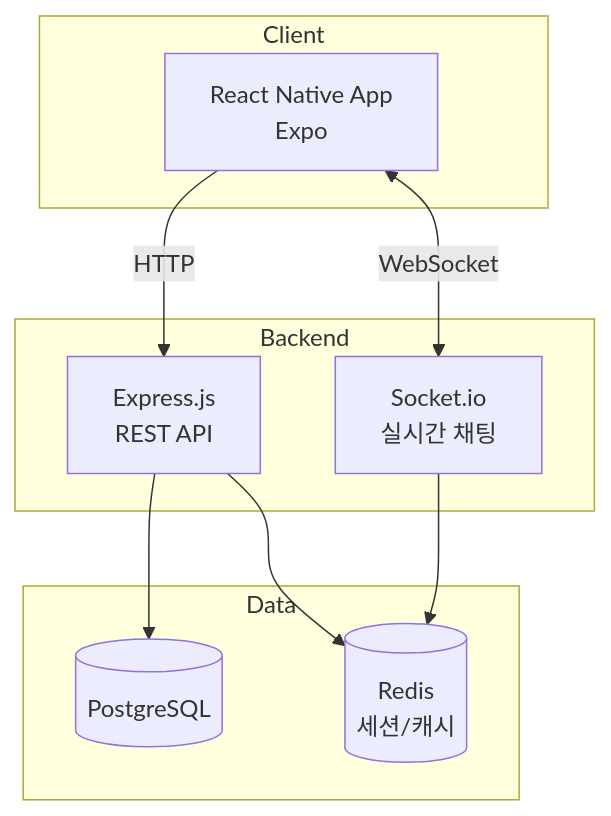
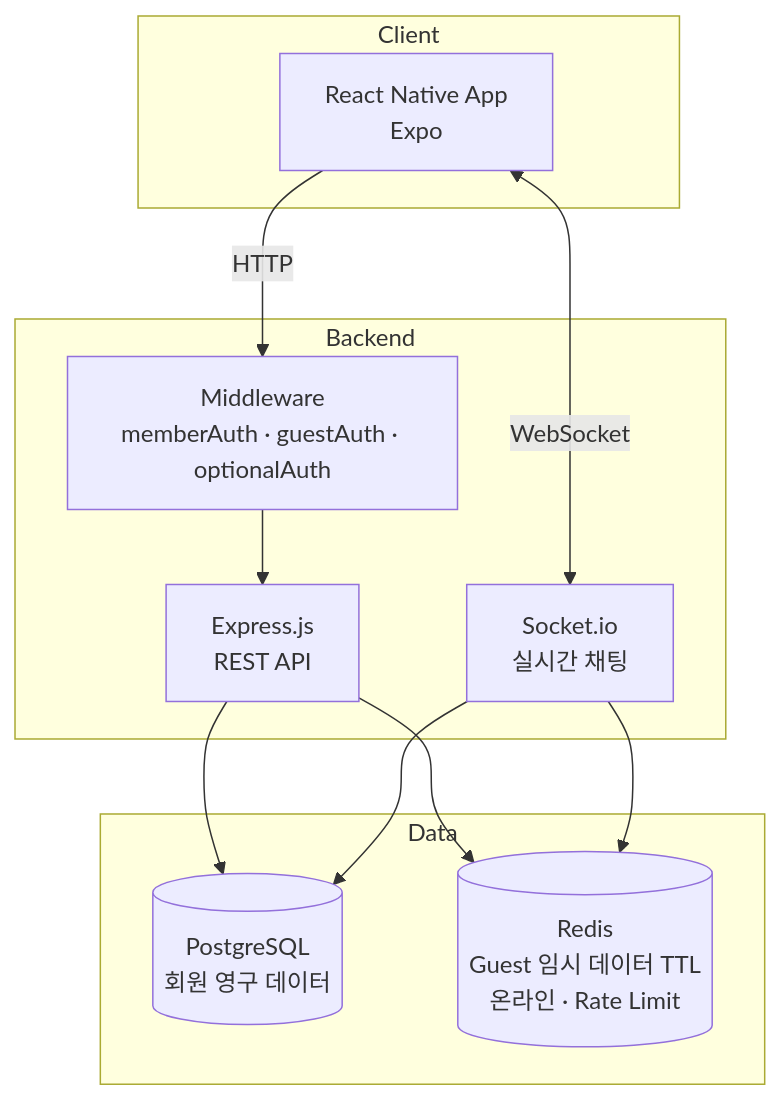
Before and after one commit to heejung72/Orbit: the first of 3 diagrams in README.md, drawn with Mermaid. The commit also changed other lines of this file and 15 other files, not shown here.

````diff
--- a/README.md
+++ b/README.md
@@ -17,22 +49,25 @@
 ```mermaid
 graph TB
     subgraph Client
         APP[React Native App<br/>Expo]
     end
 
     subgraph Backend
+        MW[Middleware<br/>memberAuth · guestAuth · optionalAuth]
         API[Express.js<br/>REST API]
         WS[Socket.io<br/>실시간 채팅]
     end
 
     subgraph Data
-        PG[(PostgreSQL)]
-        RD[(Redis<br/>세션/캐시)]
+        PG[(PostgreSQL<br/>회원 영구 데이터)]
+        RD[(Redis<br/>Guest 임시 데이터 TTL<br/>온라인 · Rate Limit)]
     end
 
-    APP -->|HTTP| API
+    APP -->|HTTP| MW
+    MW --> API
     APP <-->|WebSocket| WS
     API --> PG
     API --> RD
+    WS --> PG
     WS --> RD
 ```
````
